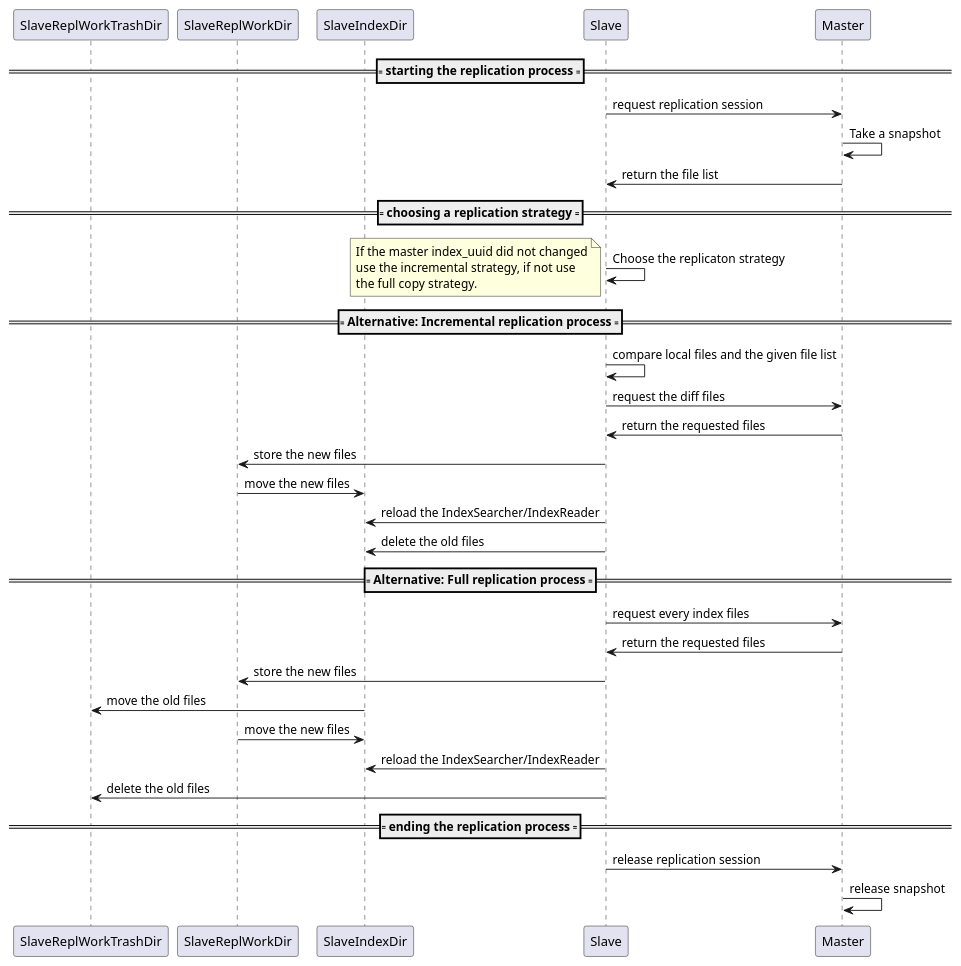
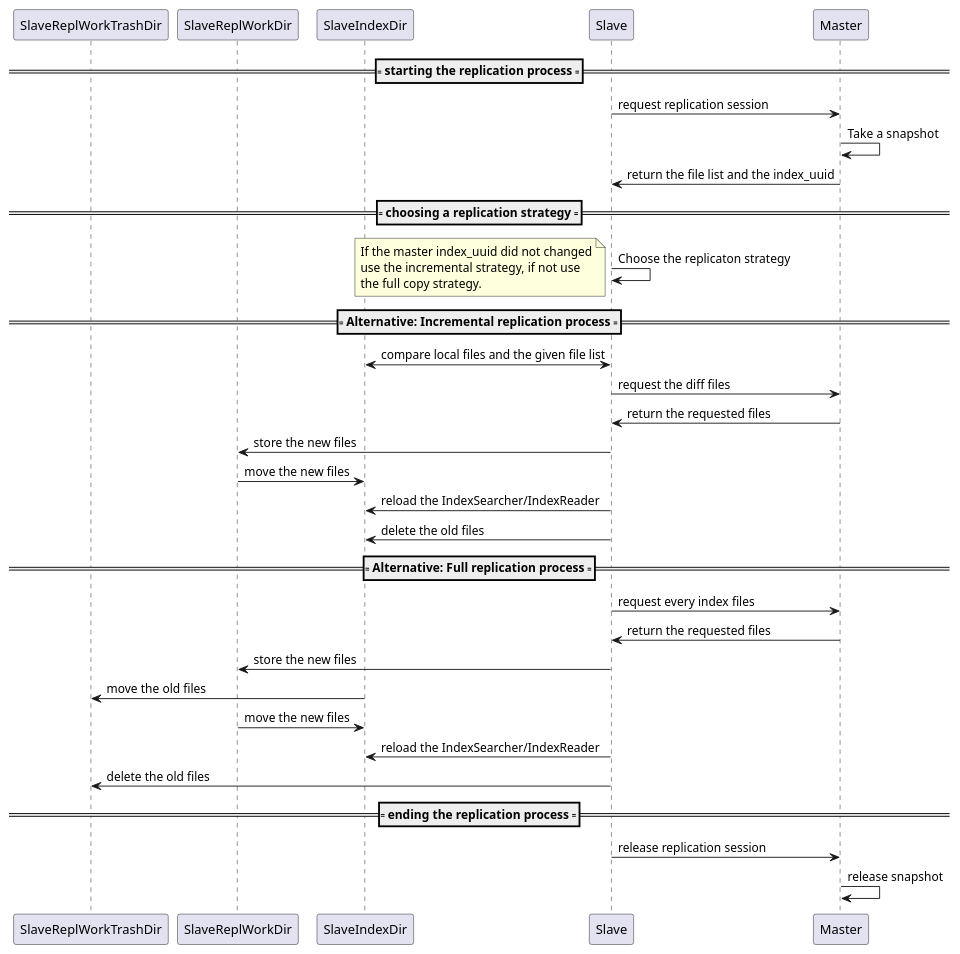
The diagram in src/main/asciidoc/replication-sequence.adoc (qwazr/search), drawn with PlantUML before and after one commit. The commit also changed 2 other files, not shown here.

Commit message:
Wip on replication sequence

```diff
--- a/src/main/asciidoc/replication-sequence.adoc
+++ b/src/main/asciidoc/replication-sequence.adoc
@@ -1,42 +1,42 @@
 [plantuml,replication-sequence, svg]
 ....
 participant SlaveReplWorkTrashDir
 participant SlaveReplWorkDir
 participant SlaveIndexDir
 participant Slave
 participant Master
 ==== starting the replication process ====
 Slave->Master : request replication session
 Master->Master : Take a snapshot
-Master->Slave : return the file list
+Master->Slave : return the file list and the index_uuid
 
 ==== choosing a replication strategy ====
 Slave->Slave : Choose the replicaton strategy
 note left
   If the master index_uuid did not changed
   use the incremental strategy, if not use
   the full copy strategy.
 end note
 
 ==== Alternative: Incremental replication process ====
-Slave->Slave : compare local files and the given file list
+Slave<->SlaveIndexDir : compare local files and the given file list
 Slave->Master : request the diff files
 Master->Slave : return the requested files
 Slave->SlaveReplWorkDir : store the new files
 SlaveReplWorkDir->SlaveIndexDir : move the new files
 Slave->SlaveIndexDir : reload the IndexSearcher/IndexReader
 Slave->SlaveIndexDir : delete the old files
 
 ==== Alternative: Full replication process ====
 Slave->Master : request every index files
 Master->Slave : return the requested files
 Slave->SlaveReplWorkDir : store the new files
 SlaveIndexDir->SlaveReplWorkTrashDir : move the old files
 SlaveReplWorkDir->SlaveIndexDir : move the new files
 Slave->SlaveIndexDir : reload the IndexSearcher/IndexReader
 Slave->SlaveReplWorkTrashDir : delete the old files
 
 ==== ending the replication process ====
 Slave->Master : release replication session
 Master->Master : release snapshot
 ....
```
